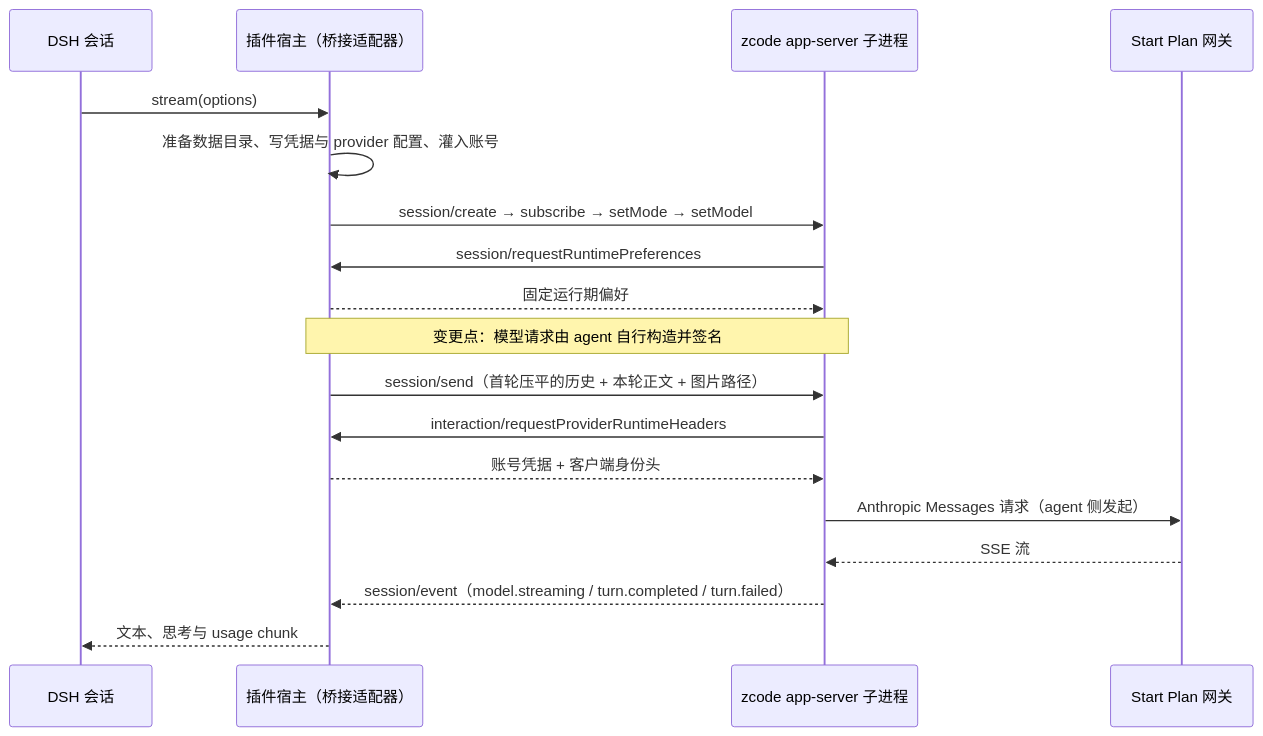
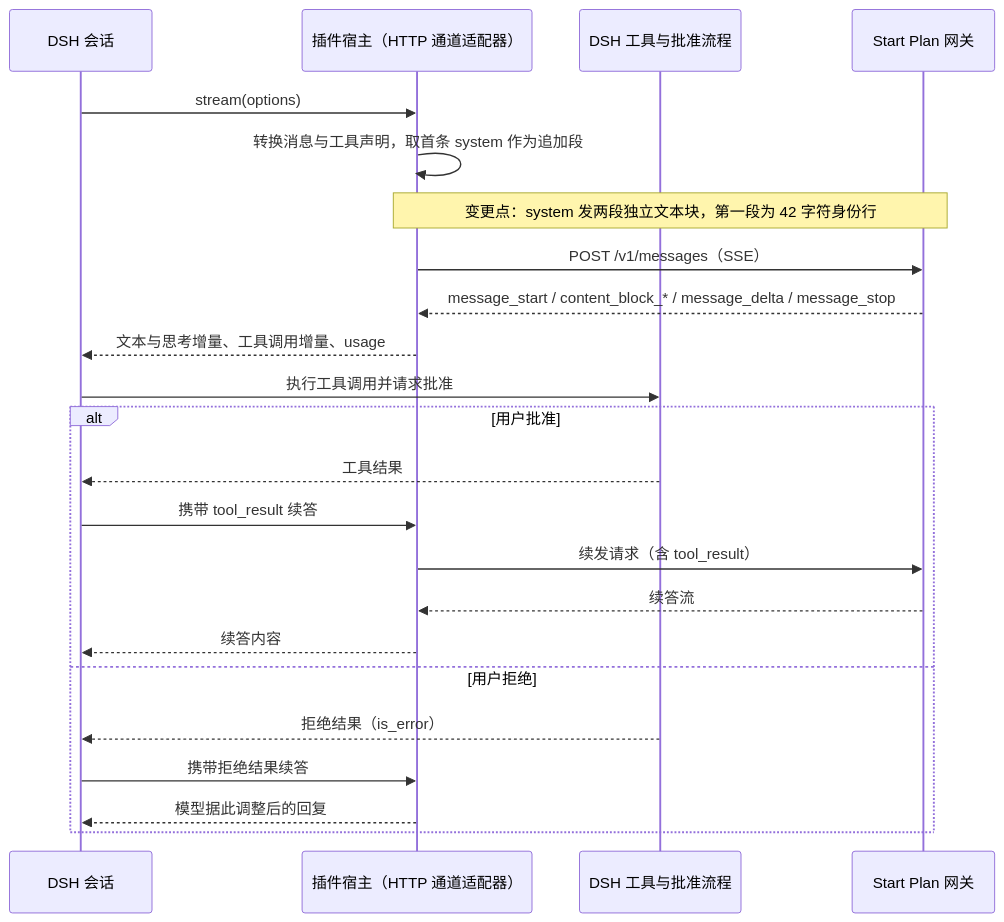
One commit to FNOSP/fnos-dsh changed the fourth of 7 diagrams in docs/plans/PLAN-FNOS-027-dsh-zcode-plugin.md. Above: the diagram before and after it, drawn with Mermaid. The commit also changed other lines of this file and 7 other files, not shown here.

First line of the commit message:
docs(zcode): 文档整体改写为自行发送 Anthropic Messages 架构

````diff
--- a/docs/plans/PLAN-FNOS-027-dsh-zcode-plugin.md
+++ b/docs/plans/PLAN-FNOS-027-dsh-zcode-plugin.md
@@ -104,20 +108,25 @@
 ```mermaid
 sequenceDiagram
   participant DSH as DSH 会话
-  participant Host as 插件宿主（桥接适配器）
-  participant App as zcode app-server 子进程
+  participant Host as 插件宿主（HTTP 通道适配器）
+  participant Tools as DSH 工具与批准流程
   participant ZCode as Start Plan 网关
   DSH->>Host: stream(options)
-  Host->>Host: 准备数据目录、写凭据与 provider 配置、灌入账号
-  Host->>App: session/create → subscribe → setMode → setModel
-  App->>Host: session/requestRuntimePreferences
-  Host-->>App: 固定运行期偏好
-  Note over Host,App: 变更点：模型请求由 agent 自行构造并签名
-  Host->>App: session/send（首轮压平的历史 + 本轮正文 + 图片路径）
-  App->>Host: interaction/requestProviderRuntimeHeaders
-  Host-->>App: 账号凭据 + 客户端身份头
-  App->>ZCode: Anthropic Messages 请求（agent 侧发起）
-  ZCode-->>App: SSE 流
-  App-->>Host: session/event（model.streaming / turn.completed / turn.failed）
-  Host-->>DSH: 文本、思考与 usage chunk
+  Host->>Host: 转换消息与工具声明，取首条 system 作为追加段
+  Note over Host,ZCode: 变更点：system 发两段独立文本块，第一段为 42 字符身份行
+  Host->>ZCode: POST /v1/messages（SSE）
+  ZCode-->>Host: message_start / content_block_* / message_delta / message_stop
+  Host-->>DSH: 文本与思考增量、工具调用增量、usage
+  DSH->>Tools: 执行工具调用并请求批准
+  alt 用户批准
+    Tools-->>DSH: 工具结果
+    DSH->>Host: 携带 tool_result 续答
+    Host->>ZCode: 续发请求（含 tool_result）
+    ZCode-->>Host: 续答流
+    Host-->>DSH: 续答内容
+  else 用户拒绝
+    Tools-->>DSH: 拒绝结果（is_error）
+    DSH->>Host: 携带拒绝结果续答
+    Host-->>DSH: 模型据此调整后的回复
+  end
 ```
````
